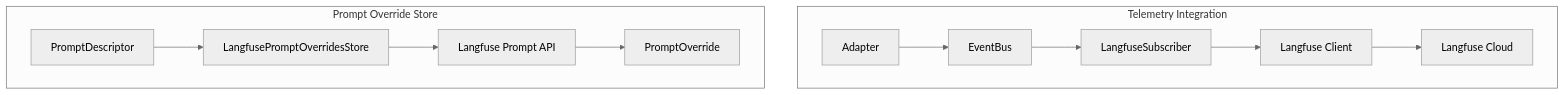
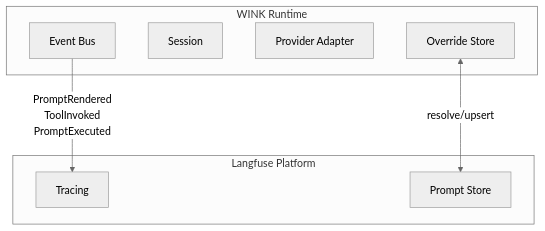
One commit to weakincentives/weakincentives changed the second of 5 diagrams in specs/LANGFUSE.md. Above: the diagram before and after it, drawn with Mermaid (neutral theme). The commit also changed other lines of this file, not shown here.

First line of the commit message:
Rewrite Langfuse spec aligned with LANGSMITH.md structure

````diff
--- a/specs/LANGFUSE.md
+++ b/specs/LANGFUSE.md
@@ -18,15 +107,17 @@
 ```mermaid
 flowchart TB
-    subgraph Telemetry["Telemetry Integration"]
-        Adapter["Adapter"] --> Bus["EventBus"]
-        Bus --> Subscriber["LangfuseSubscriber"]
-        Subscriber --> Client["Langfuse Client"]
-        Client --> Cloud["Langfuse Cloud"]
+    subgraph WINK["WINK Runtime"]
+        Dispatcher["Event Bus"]
+        Session["Session"]
+        Adapter["Provider Adapter"]
+        OverrideStore["Override Store"]
     end
 
-    subgraph Prompts["Prompt Override Store"]
-        Descriptor["PromptDescriptor"] --> Store["LangfusePromptOverridesStore"]
-        Store --> API["Langfuse Prompt API"]
-        API --> Override["PromptOverride"]
+    subgraph Langfuse["Langfuse Platform"]
+        Tracing["Tracing"]
+        Prompts["Prompt Store"]
     end
+
+    Dispatcher -->|PromptRendered<br/>ToolInvoked<br/>PromptExecuted| Tracing
+    OverrideStore <-->|resolve/upsert| Prompts
 ```
````
